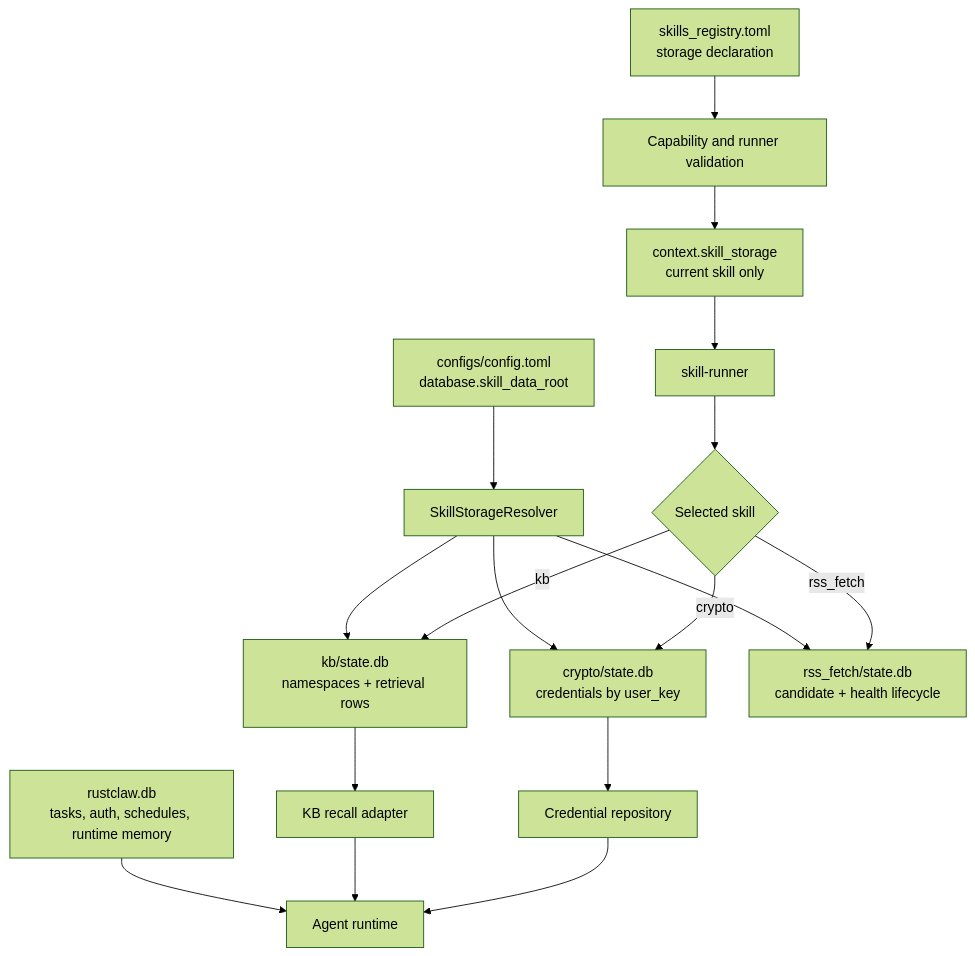
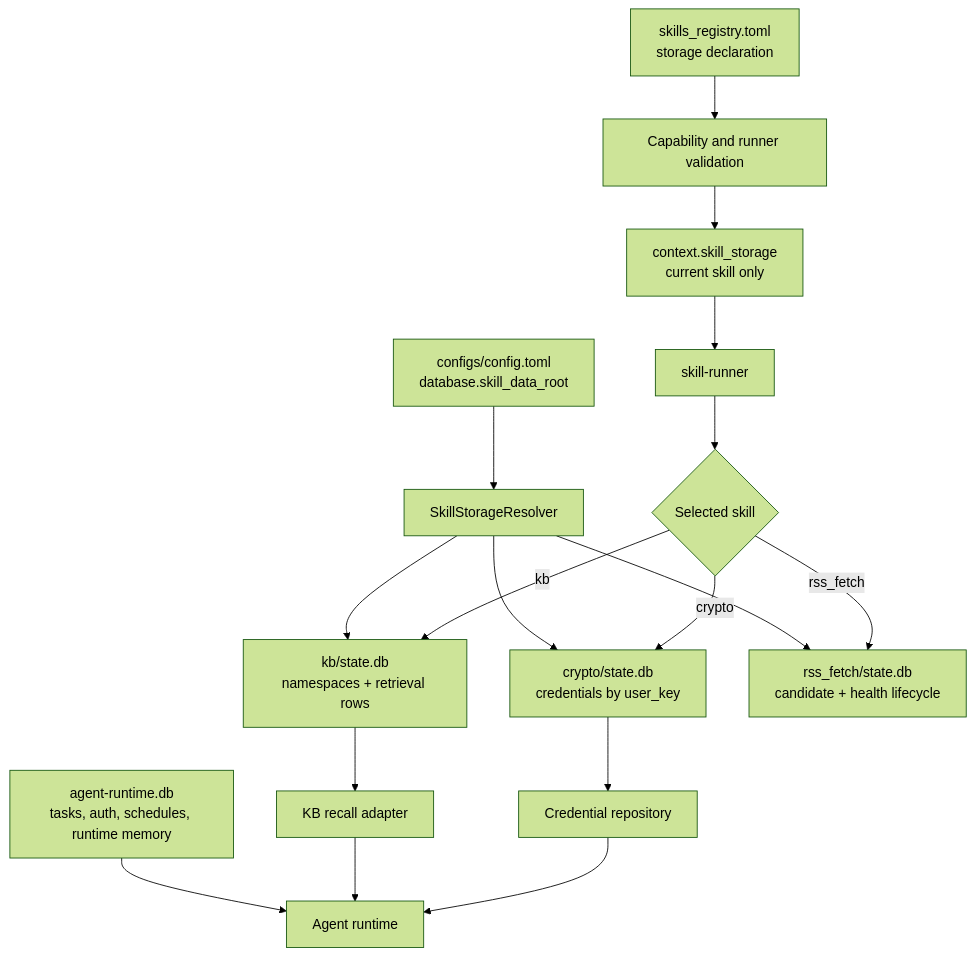
One commit to MatrixCoreX/RustClaw changed the diagram in docs/architecture/08-skill-owned-storage.md. Above: the diagram before and after it, drawn with Mermaid (forest theme). The commit also changed 979 other files, not shown here.

````diff
--- a/docs/architecture/08-skill-owned-storage.md
+++ b/docs/architecture/08-skill-owned-storage.md
@@ -20,19 +20,19 @@
 ```mermaid
 flowchart TD
     A[configs/config.toml<br/>database.skill_data_root] --> B[SkillStorageResolver]
     C[skills_registry.toml<br/>storage declaration] --> D[Capability and runner validation]
     B --> E[crypto/state.db<br/>credentials by user_key]
     B --> F[kb/state.db<br/>namespaces + retrieval rows]
     B --> N[rss_fetch/state.db<br/>candidate + health lifecycle]
     D --> G[context.skill_storage<br/>current skill only]
     G --> H[skill-runner]
     H --> I{Selected skill}
     I -->|crypto| E
     I -->|kb| F
     I -->|rss_fetch| N
-    J[rustclaw.db<br/>tasks, auth, schedules, runtime memory] --> K[Agent runtime]
+    J[agent-runtime.db<br/>tasks, auth, schedules, runtime memory] --> K[Agent runtime]
     F --> L[KB recall adapter]
     L --> K
     E --> M[Credential repository]
     M --> K
 ```
````
